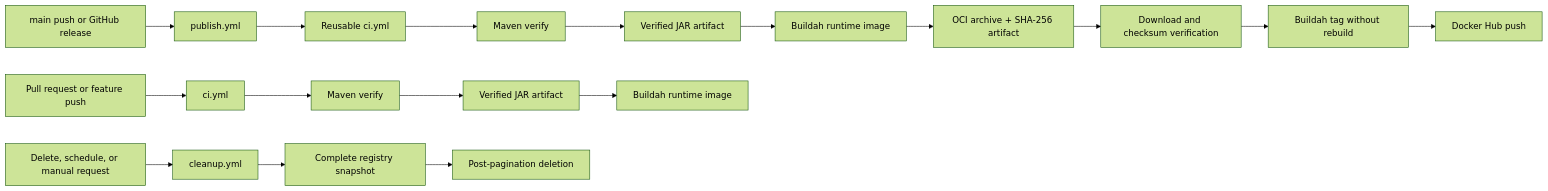
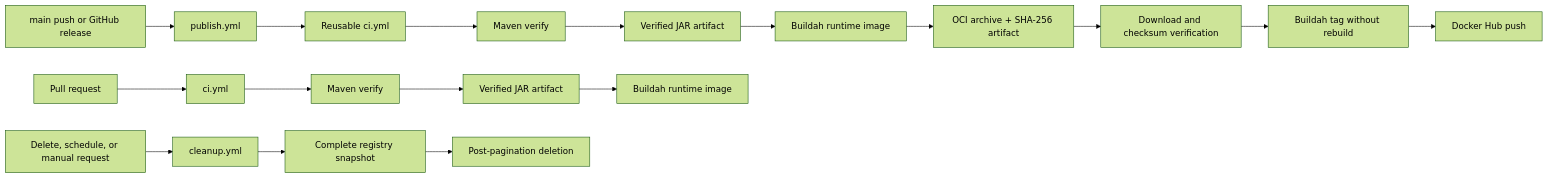
One commit to byzatic/Tessera-DFE changed the diagram in .docs/ci-cd/README.md. Above: the diagram before and after it, drawn with Mermaid (forest theme). The commit also changed other lines of this file and 1 other file, not shown here.

````diff
--- a/.docs/ci-cd/README.md
+++ b/.docs/ci-cd/README.md
@@ -22,19 +22,19 @@
 ```mermaid
 flowchart LR
-    A["Pull request or feature push"] --> CI["ci.yml"]
+    A["Pull request"] --> CI["ci.yml"]
     B["main push or GitHub release"] --> PUB["publish.yml"]
     PUB --> RCI["Reusable ci.yml"]
     CI --> TEST["Maven verify"]
     RCI --> TEST2["Maven verify"]
     TEST --> JAR["Verified JAR artifact"]
     TEST2 --> JAR2["Verified JAR artifact"]
     JAR --> DB["Buildah runtime image"]
     JAR2 --> DB2["Buildah runtime image"]
     DB2 --> ART["OCI archive + SHA-256 artifact"]
     ART --> VERIFY["Download and checksum verification"]
     VERIFY --> TAG["Buildah tag without rebuild"]
     TAG --> HUB["Docker Hub push"]
     C["Delete, schedule, or manual request"] --> CLEAN["cleanup.yml"]
     CLEAN --> SNAP["Complete registry snapshot"]
     SNAP --> DEL["Post-pagination deletion"]
 ```
````
